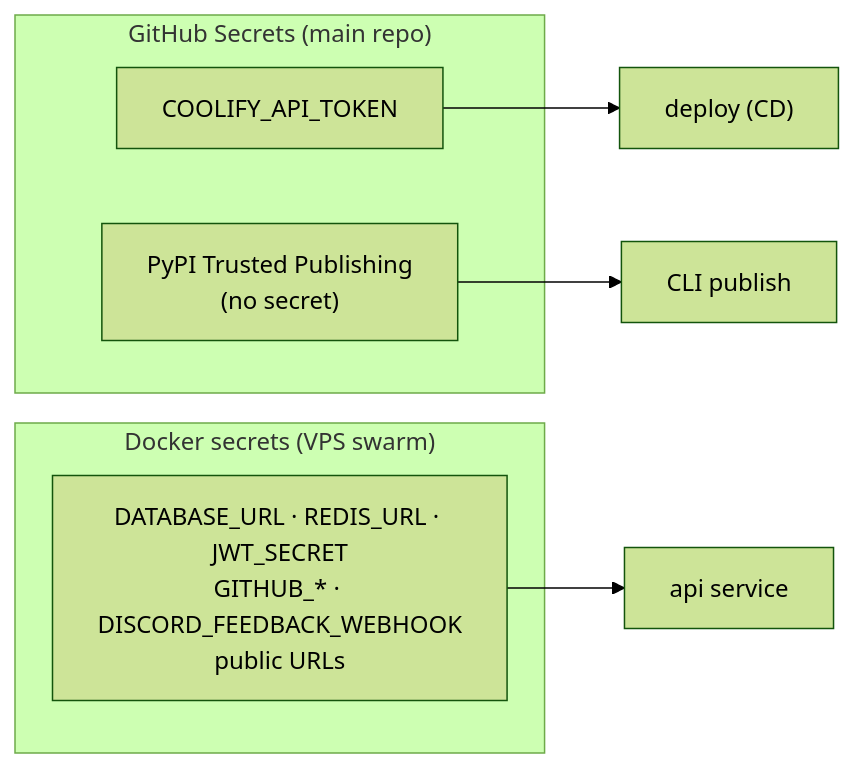
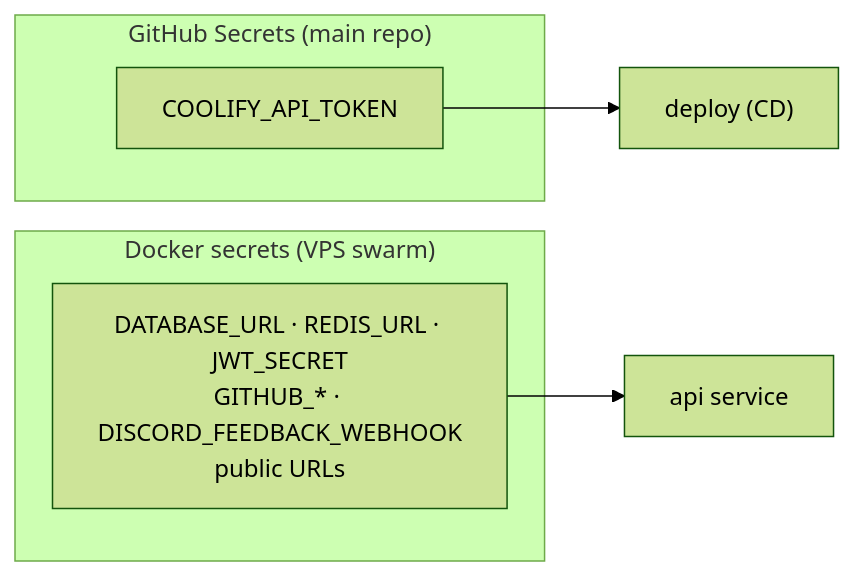
One commit to BorderlessCodingHub/applika changed the sixth of 13 diagrams in docs/infrastructure.md. Above: the diagram before and after it, drawn with Mermaid (forest theme). The commit also changed other lines of this file and 3 other files, not shown here.

Commit message:
ci(cli): stop publishing applika-cli

````diff
--- a/docs/infrastructure.md
+++ b/docs/infrastructure.md
@@ -260,13 +259,11 @@
 ```mermaid
 flowchart LR
     subgraph ghs["GitHub Secrets (main repo)"]
         dh["COOLIFY_API_TOKEN"]
-        py["PyPI Trusted Publishing<br/>(no secret)"]
     end
     subgraph ds["Docker secrets (VPS swarm)"]
         rt["DATABASE_URL · REDIS_URL · JWT_SECRET<br/>GITHUB_* · DISCORD_FEEDBACK_WEBHOOK<br/>public URLs"]
     end
     dh --> cd["deploy (CD)"]
-    py --> cli["CLI publish"]
     rt --> api["api service"]
 ```
````
